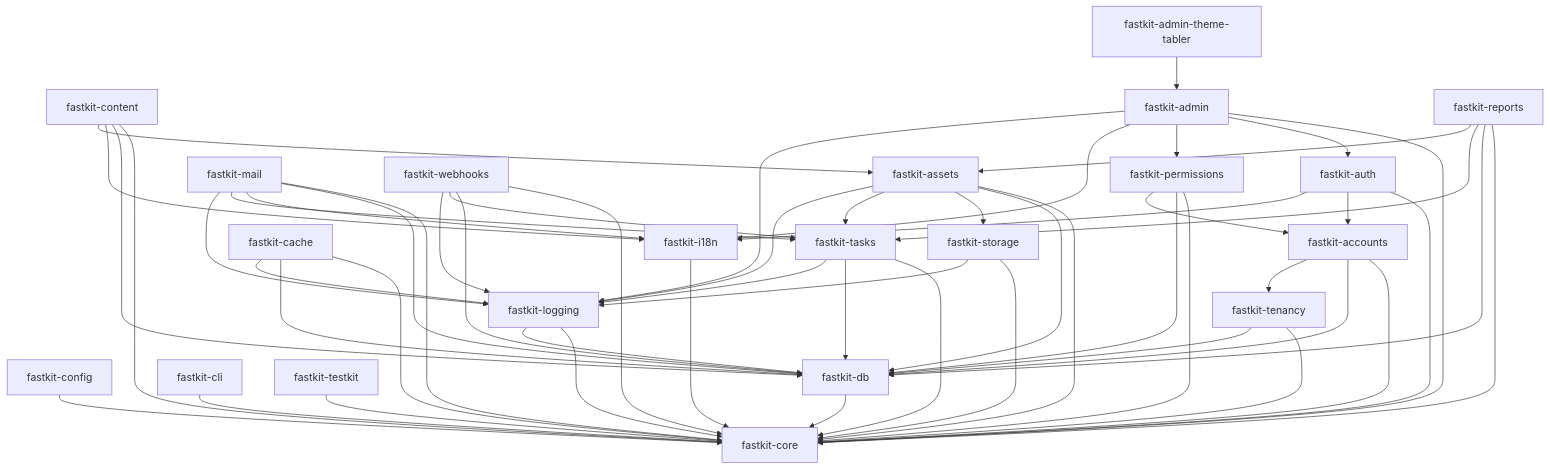
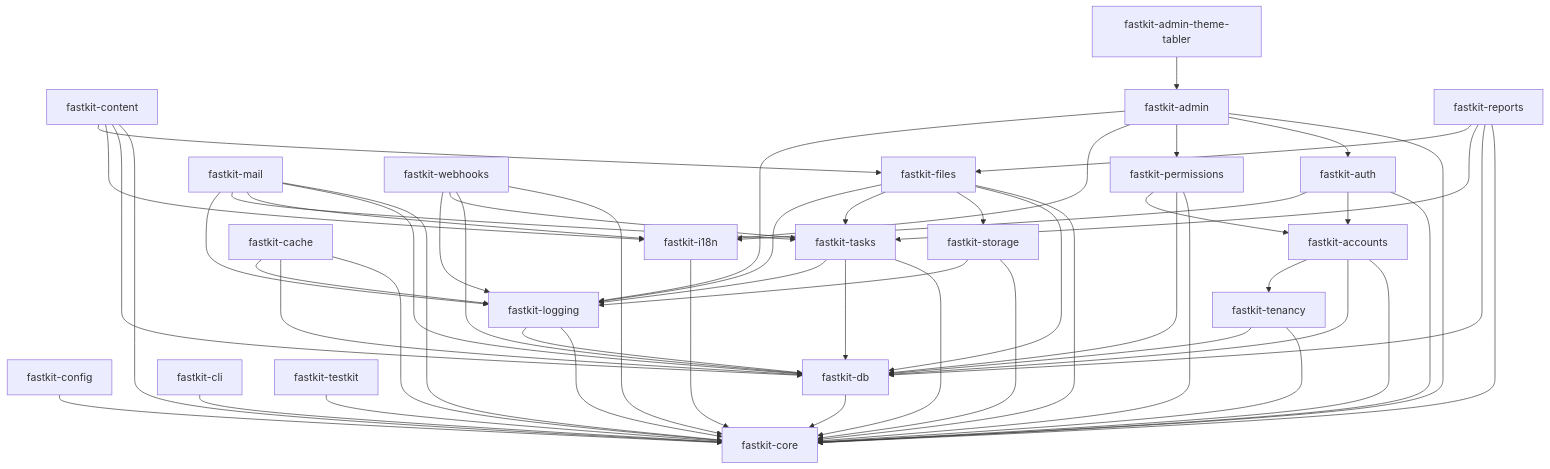
The second of 6 diagrams in FASTKIT_ARQUITETURA_COMPLETA.md (paulocoutinhox/fastkit), drawn with Mermaid before and after one commit. The commit also changed other lines of this file and 323 other files, not shown here.

````diff
--- a/FASTKIT_ARQUITETURA_COMPLETA.md
+++ b/FASTKIT_ARQUITETURA_COMPLETA.md
@@ -388,73 +388,73 @@
 ```mermaid
 flowchart TD
     CORE[fastkit-core]
     CONFIG[fastkit-config] --> CORE
     DB[fastkit-db] --> CORE
     I18N[fastkit-i18n] --> CORE
     TENANCY[fastkit-tenancy] --> CORE
     TENANCY --> DB
 
     ACCOUNTS[fastkit-accounts] --> CORE
     ACCOUNTS --> DB
     ACCOUNTS --> TENANCY
 
     AUTH[fastkit-auth] --> CORE
     AUTH --> ACCOUNTS
     AUTH --> I18N
 
     PERMS[fastkit-permissions] --> CORE
     PERMS --> DB
     PERMS --> ACCOUNTS
 
     LOGS[fastkit-logging] --> CORE
     LOGS --> DB
 
     TASKS[fastkit-tasks] --> CORE
     TASKS --> DB
     TASKS --> LOGS
 
     CACHE[fastkit-cache] --> CORE
     CACHE --> DB
     CACHE --> LOGS
 
     STORAGE[fastkit-storage] --> CORE
     STORAGE --> LOGS
 
-    ASSETS[fastkit-assets] --> CORE
+    ASSETS[fastkit-files] --> CORE
     ASSETS --> DB
     ASSETS --> STORAGE
     ASSETS --> TASKS
     ASSETS --> LOGS
 
     MAIL[fastkit-mail] --> CORE
     MAIL --> DB
     MAIL --> I18N
     MAIL --> TASKS
     MAIL --> LOGS
 
     CONTENT[fastkit-content] --> CORE
     CONTENT --> DB
     CONTENT --> I18N
     CONTENT --> ASSETS
 
     ADMIN[fastkit-admin] --> CORE
     ADMIN --> AUTH
     ADMIN --> PERMS
     ADMIN --> I18N
     ADMIN --> LOGS
 
     THEME[fastkit-admin-theme-tabler] --> ADMIN
 
     REPORTS[fastkit-reports] --> CORE
     REPORTS --> DB
     REPORTS --> TASKS
     REPORTS --> ASSETS
 
     WEBHOOKS[fastkit-webhooks] --> CORE
     WEBHOOKS --> DB
     WEBHOOKS --> TASKS
     WEBHOOKS --> LOGS
 
     CLI[fastkit-cli] --> CORE
     TESTKIT[fastkit-testkit] --> CORE
 ```
````
